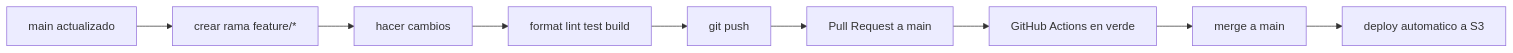
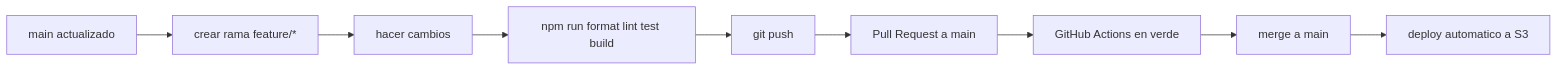
Before and after one commit to Westfold-Advisory/ADITSYSTEM: the diagram in docs/developer-workflow.md, drawn with Mermaid. The commit also changed other lines of this file and 2 other files, not shown here.

````diff
--- a/docs/developer-workflow.md
+++ b/docs/developer-workflow.md
@@ -11,11 +11,11 @@
 ```mermaid
 flowchart LR
   A[main actualizado] --> B[crear rama feature/*]
   B --> C[hacer cambios]
-  C --> D[format lint test build]
+  C --> D[npm run format lint test build]
   D --> E[git push]
   E --> F[Pull Request a main]
   F --> G[GitHub Actions en verde]
   G --> H[merge a main]
   H --> I[deploy automatico a S3]
 ```
````
